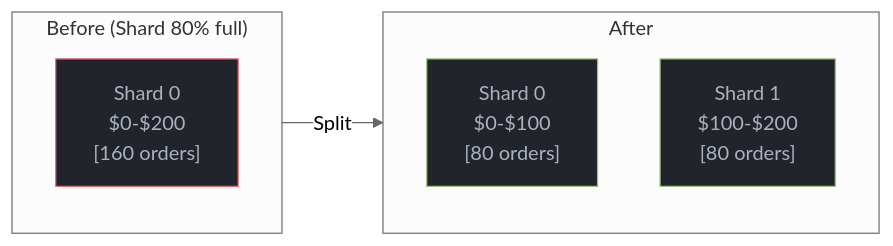
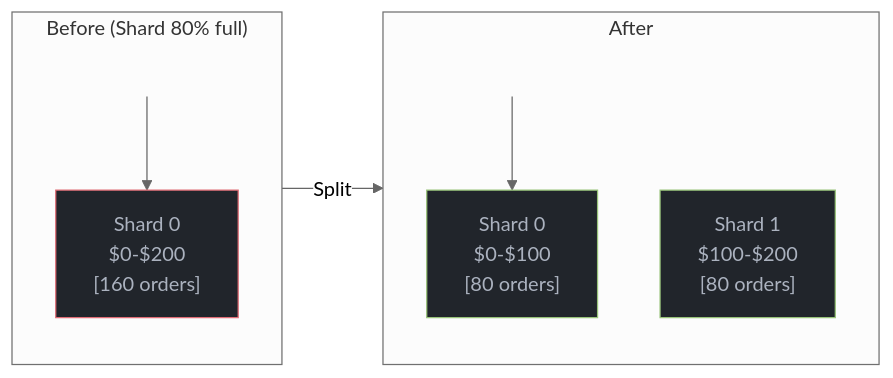
The fifth of 8 diagrams in concepts/sharding.mdx (mgild/mintlify-docs), drawn with Mermaid (neutral theme) before and after one commit. The commit also changed other lines of this file and 19 other files, not shown here.

````diff
--- a/concepts/sharding.mdx
+++ b/concepts/sharding.mdx
@@ -179,18 +175,24 @@
 ```mermaid
 
 flowchart LR
     subgraph Before["Before (Shard 80% full)"]
+        BeforeSpacer[ ]
         B0["Shard 0<br/>$0-$200<br/>[160 orders]"]
+        BeforeSpacer --> B0
     end
 
     Before -->|Split| After
 
     subgraph After["After"]
+        AfterSpacer[ ]
         A0["Shard 0<br/>$0-$100<br/>[80 orders]"]
         A1["Shard 1<br/>$100-$200<br/>[80 orders]"]
+        AfterSpacer --> A0
     end
 
+    style BeforeSpacer fill:transparent,stroke:transparent,color:transparent
+    style AfterSpacer fill:transparent,stroke:transparent,color:transparent
     style B0 fill:#21252b,stroke:#e06c75,color:#abb2bf
     style A0 fill:#21252b,stroke:#98c379,color:#abb2bf
     style A1 fill:#21252b,stroke:#98c379,color:#abb2bf
 ```
````
